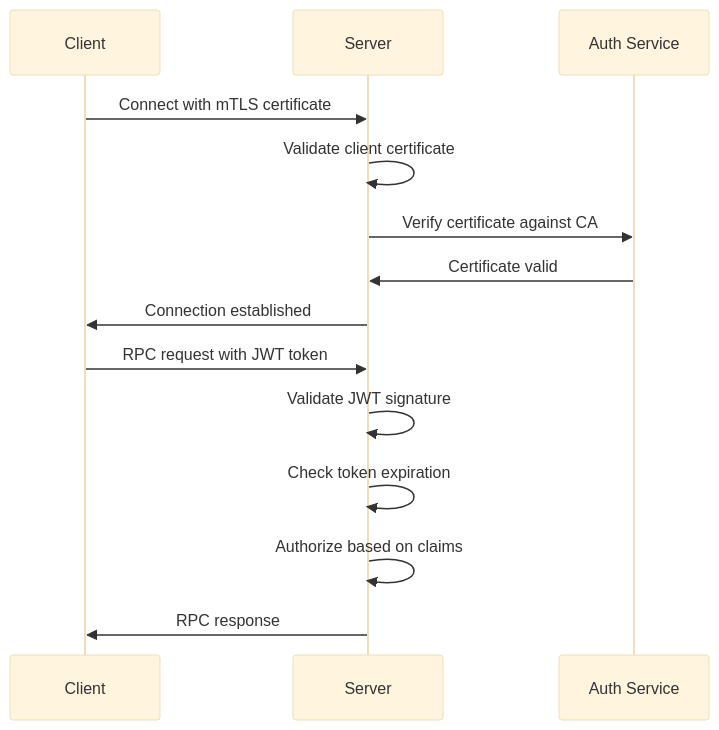
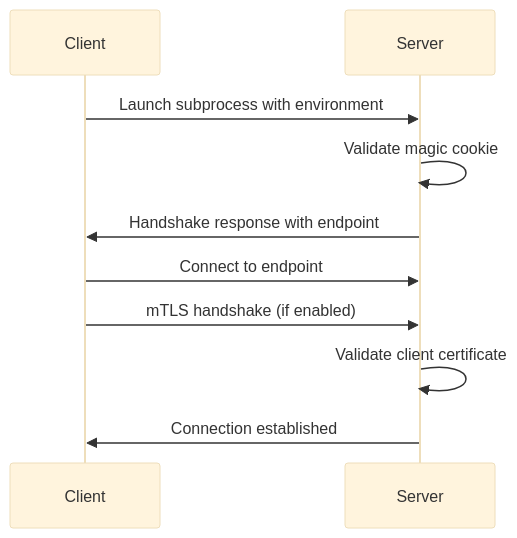
The second of 2 diagrams in docs/development/architecture.md (provide-io/pyvider-rpcplugin), drawn with Mermaid (base theme) before and after one commit. The commit also changed other lines of this file and 2 other files, not shown here.

````diff
--- a/docs/development/architecture.md
+++ b/docs/development/architecture.md
@@ -483,18 +611,13 @@
 ```mermaid
 sequenceDiagram
     participant C as Client
     participant S as Server
-    participant A as Auth Service
-    
-    C->>S: Connect with mTLS certificate
+
+    C->>S: Launch subprocess with environment
+    S->>S: Validate magic cookie
+    S->>C: Handshake response with endpoint
+    C->>S: Connect to endpoint
+    C->>S: mTLS handshake (if enabled)
     S->>S: Validate client certificate
-    S->>A: Verify certificate against CA
-    A->>S: Certificate valid
     S->>C: Connection established
-    
-    C->>S: RPC request with JWT token
-    S->>S: Validate JWT signature
-    S->>S: Check token expiration
-    S->>S: Authorize based on claims
-    S->>C: RPC response
 ```
````
